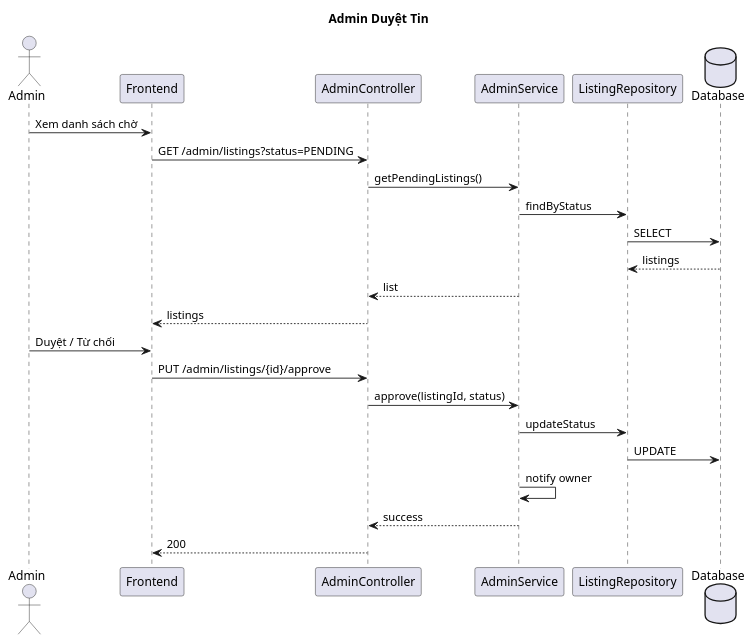
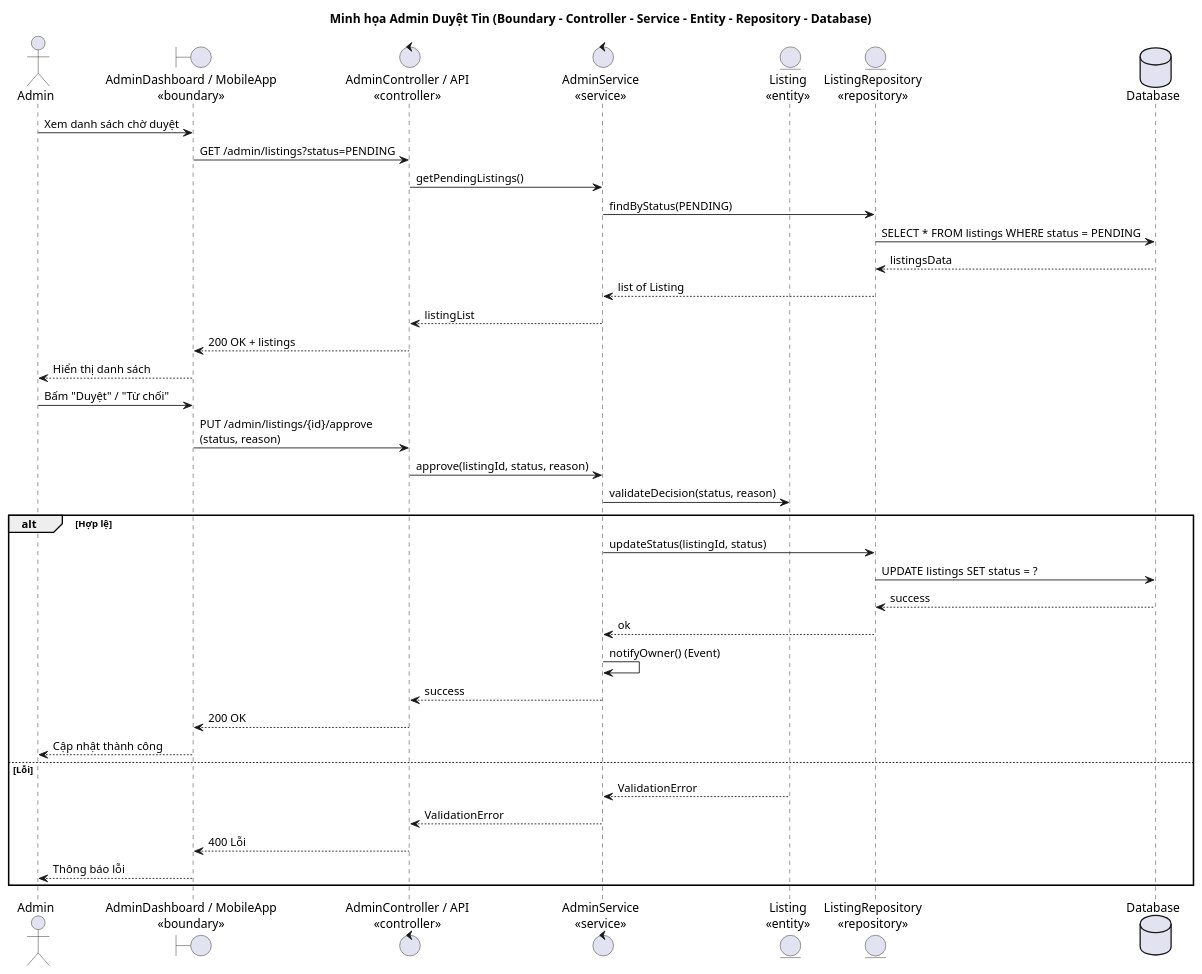
The diagram in docs/sequence-diagram-admin-duyet-tin-dang.md (BuiThaiBao/Propify), drawn with PlantUML before and after one commit. The commit also changed other lines of this file and 12 other files, not shown here.

Commit message:
feat: update sequence diagrams to include detailed interactions and 3-layer architecture representation

````diff
--- a/docs/sequence-diagram-admin-duyet-tin-dang.md
+++ b/docs/sequence-diagram-admin-duyet-tin-dang.md
@@ -3,29 +3,43 @@
 ```plantuml
 @startuml
-title Admin Duyệt Tin
+title Minh họa Admin Duyệt Tin (Boundary - Controller - Service - Entity - Repository - Database)
 
 actor "Admin" as Admin
-participant "Frontend" as FE
-participant "AdminController" as Controller
-participant "AdminService" as Service
-participant "ListingRepository" as Repo
+boundary "AdminDashboard / MobileApp\n«boundary»" as FE
+control "AdminController / API\n«controller»" as Controller
+control "AdminService\n«service»" as Service
+entity "Listing\n«entity»" as Entity
+entity "ListingRepository\n«repository»" as Repo
 database "Database" as DB
 
-Admin -> FE: Xem danh sách chờ
+Admin -> FE: Xem danh sách chờ duyệt
 FE -> Controller: GET /admin/listings?status=PENDING
 Controller -> Service: getPendingListings()
-Service -> Repo: findByStatus
-Repo -> DB: SELECT
-DB --> Repo: listings
-Service --> Controller: list
-Controller --> FE: listings
-Admin -> FE: Duyệt / Từ chối
-FE -> Controller: PUT /admin/listings/{id}/approve
-Controller -> Service: approve(listingId, status)
-Service -> Repo: updateStatus
-Repo -> DB: UPDATE
-Service -> Service: notify owner
-Service --> Controller: success
-Controller --> FE: 200
+Service -> Repo: findByStatus(PENDING)
+Repo -> DB: SELECT * FROM listings WHERE status = PENDING
+DB --> Repo: listingsData
+Repo --> Service: list of Listing
+Service --> Controller: listingList
+Controller --> FE: 200 OK + listings
+FE --> Admin: Hiển thị danh sách
+Admin -> FE: Bấm "Duyệt" / "Từ chối"
+FE -> Controller: PUT /admin/listings/{id}/approve\n(status, reason)
+Controller -> Service: approve(listingId, status, reason)
+Service -> Entity: validateDecision(status, reason)
+alt Hợp lệ
+  Service -> Repo: updateStatus(listingId, status)
+  Repo -> DB: UPDATE listings SET status = ?
+  DB --> Repo: success
+  Repo --> Service: ok
+  Service -> Service: notifyOwner() (Event)
+  Service --> Controller: success
+  Controller --> FE: 200 OK
+  FE --> Admin: Cập nhật thành công
+else Lỗi
+  Entity --> Service: ValidationError
+  Service --> Controller: ValidationError
+  Controller --> FE: 400 Lỗi
+  FE --> Admin: Thông báo lỗi
+end
 @enduml
 ```
````
